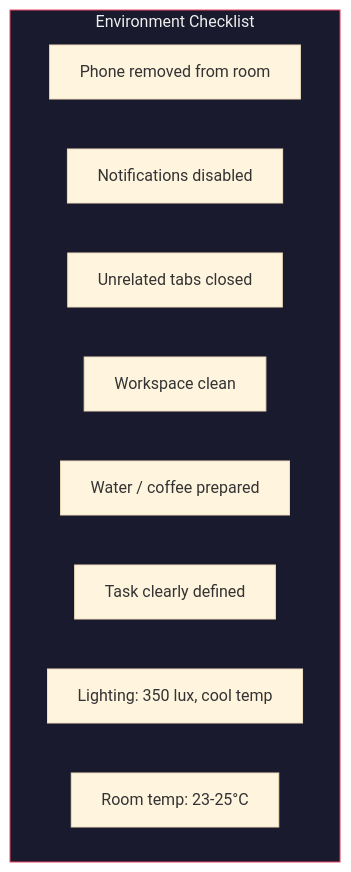
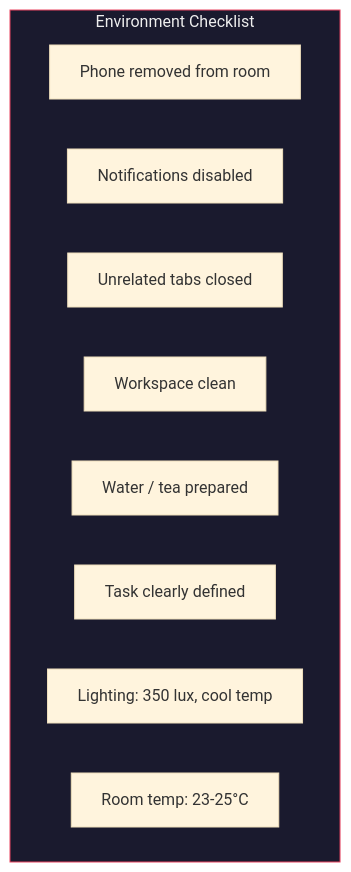
Before and after one commit to Cyvid7-Darus10/peak-self: the first of 10 diagrams in focus/flow-state-protocol.md, drawn with Mermaid (base theme). The commit also changed other lines of this file and 3 other files, not shown here.

````diff
--- a/focus/flow-state-protocol.md
+++ b/focus/flow-state-protocol.md
@@ -21,14 +21,14 @@
 ```mermaid
 flowchart TB
     subgraph checklist["Environment Checklist"]
         A["Phone removed from room"]
         B["Notifications disabled"]
         C["Unrelated tabs closed"]
         D["Workspace clean"]
-        E["Water / coffee prepared"]
+        E["Water / tea prepared"]
         F["Task clearly defined"]
         G["Lighting: 350 lux, cool temp"]
         H["Room temp: 23-25°C"]
     end
     style checklist fill:#1a1a2e,stroke:#e94560,color:#eee
 ```
````
